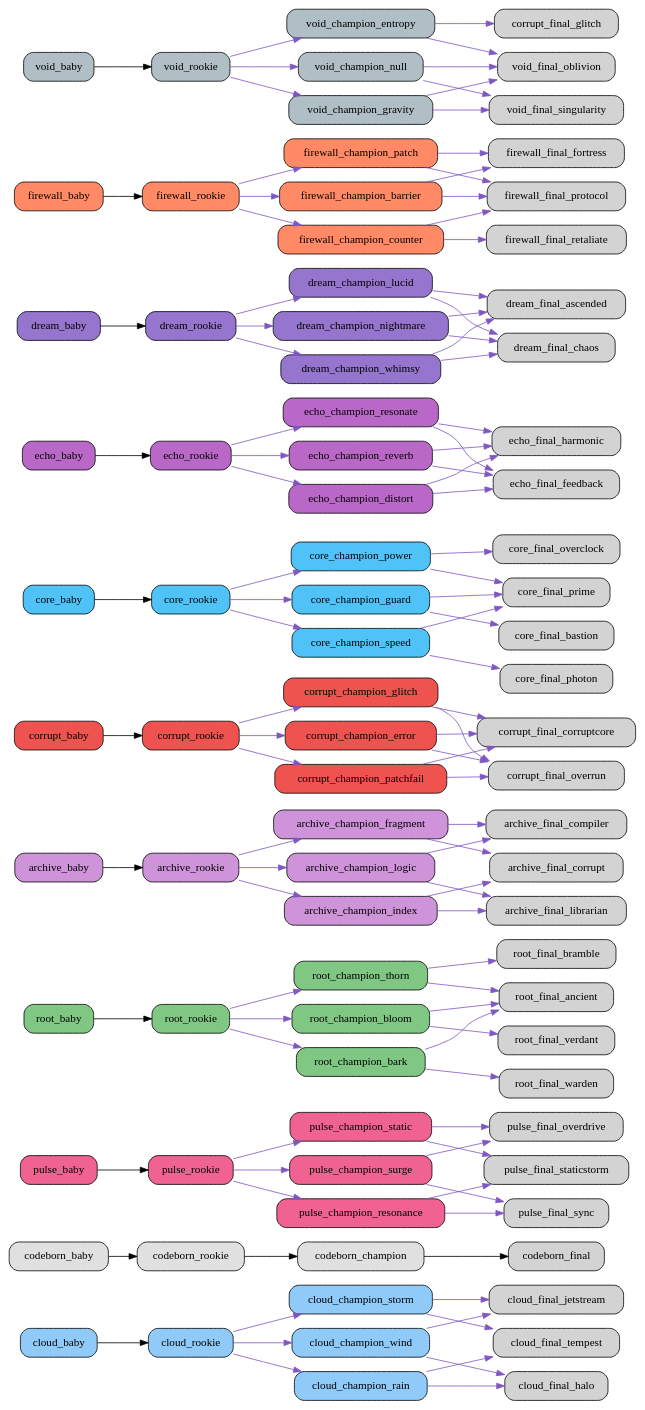
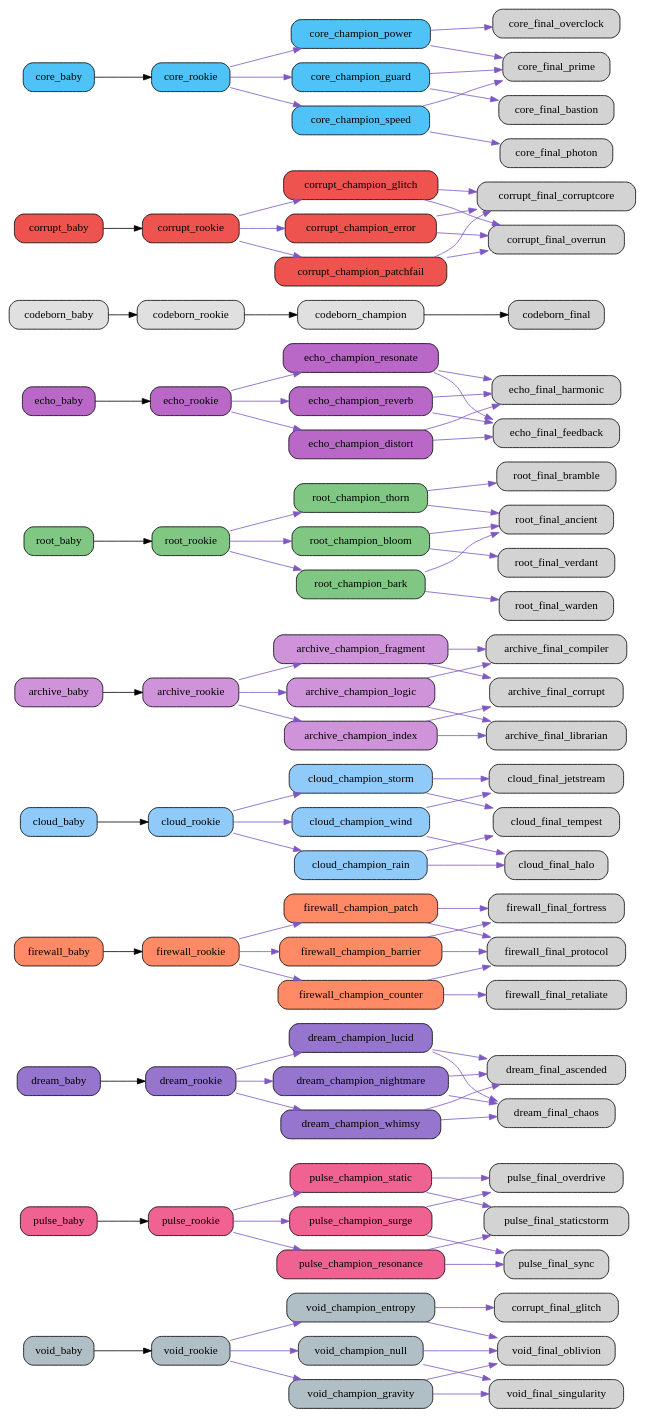
One commit to bwlight/NetGrid changed the diagram in src/netgrid/systems/evolution/graphs/full/evolution_graph.dot. Above: the diagram before and after it, drawn with Graphviz. The commit also changed other lines of this file and 8 other files, not shown here.

Commit message:
Auto-update evolution graphs

```diff
--- a/src/netgrid/systems/evolution/graphs/full/evolution_graph.dot
+++ b/src/netgrid/systems/evolution/graphs/full/evolution_graph.dot
@@ -1,6 +1,66 @@
 digraph EvolutionTree {
   rankdir=LR;
   node [shape=box, style="rounded,filled"];
+  "void_baby" [fillcolor="#b0bec5"];
+  "void_baby" -> "void_rookie";
+  "void_rookie" [fillcolor="#b0bec5"];
+  "void_rookie" -> "void_champion_entropy" [color="#7e57c2"];
+  "void_rookie" -> "void_champion_gravity" [color="#7e57c2"];
+  "void_rookie" -> "void_champion_null" [color="#7e57c2"];
+  "void_champion_entropy" [fillcolor="#b0bec5"];
+  "void_champion_entropy" -> "corrupt_final_glitch" [color="#7e57c2"];
+  "void_champion_entropy" -> "void_final_oblivion" [color="#7e57c2"];
+  "void_champion_gravity" [fillcolor="#b0bec5"];
+  "void_champion_gravity" -> "void_final_singularity" [color="#7e57c2"];
+  "void_champion_gravity" -> "void_final_oblivion" [color="#7e57c2"];
+  "void_champion_null" [fillcolor="#b0bec5"];
+  "void_champion_null" -> "void_final_oblivion" [color="#7e57c2"];
+  "void_champion_null" -> "void_final_singularity" [color="#7e57c2"];
+  "pulse_baby" [fillcolor="#f06292"];
+  "pulse_baby" -> "pulse_rookie";
+  "pulse_rookie" [fillcolor="#f06292"];
+  "pulse_rookie" -> "pulse_champion_surge" [color="#7e57c2"];
+  "pulse_rookie" -> "pulse_champion_resonance" [color="#7e57c2"];
+  "pulse_rookie" -> "pulse_champion_static" [color="#7e57c2"];
+  "pulse_champion_surge" [fillcolor="#f06292"];
+  "pulse_champion_surge" -> "pulse_final_overdrive" [color="#7e57c2"];
+  "pulse_champion_surge" -> "pulse_final_sync" [color="#7e57c2"];
+  "pulse_champion_resonance" [fillcolor="#f06292"];
+  "pulse_champion_resonance" -> "pulse_final_sync" [color="#7e57c2"];
+  "pulse_champion_resonance" -> "pulse_final_staticstorm" [color="#7e57c2"];
+  "pulse_champion_static" [fillcolor="#f06292"];
+  "pulse_champion_static" -> "pulse_final_staticstorm" [color="#7e57c2"];
+  "pulse_champion_static" -> "pulse_final_overdrive" [color="#7e57c2"];
+  "dream_baby" [fillcolor="#9575cd"];
+  "dream_baby" -> "dream_rookie";
+  "dream_rookie" [fillcolor="#9575cd"];
+  "dream_rookie" -> "dream_champion_lucid" [color="#7e57c2"];
+  "dream_rookie" -> "dream_champion_nightmare" [color="#7e57c2"];
+  "dream_rookie" -> "dream_champion_whimsy" [color="#7e57c2"];
+  "dream_champion_lucid" [fillcolor="#9575cd"];
+  "dream_champion_lucid" -> "dream_final_ascended" [color="#7e57c2"];
+  "dream_champion_lucid" -> "dream_final_chaos" [color="#7e57c2"];
+  "dream_champion_nightmare" [fillcolor="#9575cd"];
+  "dream_champion_nightmare" -> "dream_final_chaos" [color="#7e57c2"];
+  "dream_champion_nightmare" -> "dream_final_ascended" [color="#7e57c2"];
+  "dream_champion_whimsy" [fillcolor="#9575cd"];
+  "dream_champion_whimsy" -> "dream_final_ascended" [color="#7e57c2"];
+  "dream_champion_whimsy" -> "dream_final_chaos" [color="#7e57c2"];
+  "firewall_baby" [fillcolor="#ff8a65"];
+  "firewall_baby" -> "firewall_rookie";
+  "firewall_rookie" [fillcolor="#ff8a65"];
+  "firewall_rookie" -> "firewall_champion_barrier" [color="#7e57c2"];
+  "firewall_rookie" -> "firewall_champion_counter" [color="#7e57c2"];
+  "firewall_rookie" -> "firewall_champion_patch" [color="#7e57c2"];
+  "firewall_champion_barrier" [fillcolor="#ff8a65"];
+  "firewall_champion_barrier" -> "firewall_final_fortress" [color="#7e57c2"];
+  "firewall_champion_barrier" -> "firewall_final_protocol" [color="#7e57c2"];
+  "firewall_champion_counter" [fillcolor="#ff8a65"];
+  "firewall_champion_counter" -> "firewall_final_retaliate" [color="#7e57c2"];
+  "firewall_champion_counter" -> "firewall_final_protocol" [color="#7e57c2"];
+  "firewall_champion_patch" [fillcolor="#ff8a65"];
+  "firewall_champion_patch" -> "firewall_final_protocol" [color="#7e57c2"];
+  "firewall_champion_patch" -> "firewall_final_fortress" [color="#7e57c2"];
   "cloud_baby" [fillcolor="#90caf9"];
   "cloud_baby" -> "cloud_rookie";
   "cloud_rookie" [fillcolor="#90caf9"];
@@ -16,27 +76,21 @@
   "cloud_champion_storm" [fillcolor="#90caf9"];
   "cloud_champion_storm" -> "cloud_final_tempest" [color="#7e57c2"];
   "cloud_champion_storm" -> "cloud_final_jetstream" [color="#7e57c2"];
-  "codeborn_baby" [fillcolor="#e0e0e0"];
-  "codeborn_baby" -> "codeborn_rookie";
-  "codeborn_rookie" [fillcolor="#e0e0e0"];
-  "codeborn_rookie" -> "codeborn_champion";
-  "codeborn_champion" [fillcolor="#e0e0e0"];
-  "codeborn_champion" -> "codeborn_final";
-  "pulse_baby" [fillcolor="#f06292"];
-  "pulse_baby" -> "pulse_rookie";
-  "pulse_rookie" [fillcolor="#f06292"];
-  "pulse_rookie" -> "pulse_champion_surge" [color="#7e57c2"];
-  "pulse_rookie" -> "pulse_champion_resonance" [color="#7e57c2"];
-  "pulse_rookie" -> "pulse_champion_static" [color="#7e57c2"];
-  "pulse_champion_surge" [fillcolor="#f06292"];
-  "pulse_champion_surge" -> "pulse_final_overdrive" [color="#7e57c2"];
-  "pulse_champion_surge" -> "pulse_final_sync" [color="#7e57c2"];
-  "pulse_champion_resonance" [fillcolor="#f06292"];
-  "pulse_champion_resonance" -> "pulse_final_sync" [color="#7e57c2"];
-  "pulse_champion_resonance" -> "pulse_final_staticstorm" [color="#7e57c2"];
-  "pulse_champion_static" [fillcolor="#f06292"];
-  "pulse_champion_static" -> "pulse_final_staticstorm" [color="#7e57c2"];
-  "pulse_champion_static" -> "pulse_final_overdrive" [color="#7e57c2"];
+  "archive_baby" [fillcolor="#ce93d8"];
+  "archive_baby" -> "archive_rookie";
+  "archive_rookie" [fillcolor="#ce93d8"];
+  "archive_rookie" -> "archive_champion_logic" [color="#7e57c2"];
+  "archive_rookie" -> "archive_champion_index" [color="#7e57c2"];
+  "archive_rookie" -> "archive_champion_fragment" [color="#7e57c2"];
+  "archive_champion_logic" [fillcolor="#ce93d8"];
+  "archive_champion_logic" -> "archive_final_compiler" [color="#7e57c2"];
+  "archive_champion_logic" -> "archive_final_librarian" [color="#7e57c2"];
+  "archive_champion_index" [fillcolor="#ce93d8"];
+  "archive_champion_index" -> "archive_final_librarian" [color="#7e57c2"];
+  "archive_champion_index" -> "archive_final_corrupt" [color="#7e57c2"];
+  "archive_champion_fragment" [fillcolor="#ce93d8"];
+  "archive_champion_fragment" -> "archive_final_corrupt" [color="#7e57c2"];
+  "archive_champion_fragment" -> "archive_final_compiler" [color="#7e57c2"];
   "root_baby" [fillcolor="#81c784"];
   "root_baby" -> "root_rookie";
   "root_rookie" [fillcolor="#81c784"];
@@ -52,21 +106,27 @@
   "root_champion_bark" [fillcolor="#81c784"];
   "root_champion_bark" -> "root_final_warden" [color="#7e57c2"];
   "root_champion_bark" -> "root_final_ancient" [color="#7e57c2"];
-  "archive_baby" [fillcolor="#ce93d8"];
-  "archive_baby" -> "archive_rookie";
-  "archive_rookie" [fillcolor="#ce93d8"];
-  "archive_rookie" -> "archive_champion_logic" [color="#7e57c2"];
-  "archive_rookie" -> "archive_champion_index" [color="#7e57c2"];
-  "archive_rookie" -> "archive_champion_fragment" [color="#7e57c2"];
-  "archive_champion_logic" [fillcolor="#ce93d8"];
-  "archive_champion_logic" -> "archive_final_compiler" [color="#7e57c2"];
-  "archive_champion_logic" -> "archive_final_librarian" [color="#7e57c2"];
-  "archive_champion_index" [fillcolor="#ce93d8"];
-  "archive_champion_index" -> "archive_final_librarian" [color="#7e57c2"];
-  "archive_champion_index" -> "archive_final_corrupt" [color="#7e57c2"];
-  "archive_champion_fragment" [fillcolor="#ce93d8"];
-  "archive_champion_fragment" -> "archive_final_corrupt" [color="#7e57c2"];
-  "archive_champion_fragment" -> "archive_final_compiler" [color="#7e57c2"];
+  "echo_baby" [fillcolor="#ba68c8"];
+  "echo_baby" -> "echo_rookie";
+  "echo_rookie" [fillcolor="#ba68c8"];
+  "echo_rookie" -> "echo_champion_resonate" [color="#7e57c2"];
+  "echo_rookie" -> "echo_champion_reverb" [color="#7e57c2"];
+  "echo_rookie" -> "echo_champion_distort" [color="#7e57c2"];
+  "echo_champion_resonate" [fillcolor="#ba68c8"];
+  "echo_champion_resonate" -> "echo_final_harmonic" [color="#7e57c2"];
+  "echo_champion_resonate" -> "echo_final_feedback" [color="#7e57c2"];
+  "echo_champion_reverb" [fillcolor="#ba68c8"];
+  "echo_champion_reverb" -> "echo_final_feedback" [color="#7e57c2"];
+  "echo_champion_reverb" -> "echo_final_harmonic" [color="#7e57c2"];
+  "echo_champion_distort" [fillcolor="#ba68c8"];
+  "echo_champion_distort" -> "echo_final_feedback" [color="#7e57c2"];
+  "echo_champion_distort" -> "echo_final_harmonic" [color="#7e57c2"];
+  "codeborn_baby" [fillcolor="#e0e0e0"];
+  "codeborn_baby" -> "codeborn_rookie";
+  "codeborn_rookie" [fillcolor="#e0e0e0"];
+  "codeborn_rookie" -> "codeborn_champion";
+  "codeborn_champion" [fillcolor="#e0e0e0"];
+  "codeborn_champion" -> "codeborn_final";
   "corrupt_baby" [fillcolor="#ef5350"];
   "corrupt_baby" -> "corrupt_rookie";
   "corrupt_rookie" [fillcolor="#ef5350"];
@@ -97,64 +157,4 @@
   "core_champion_speed" [fillcolor="#4fc3f7"];
   "core_champion_speed" -> "core_final_photon" [color="#7e57c2"];
   "core_champion_speed" -> "core_final_prime" [color="#7e57c2"];
-  "echo_baby" [fillcolor="#ba68c8"];
-  "echo_baby" -> "echo_rookie";
-  "echo_rookie" [fillcolor="#ba68c8"];
-  "echo_rookie" -> "echo_champion_resonate" [color="#7e57c2"];
-  "echo_rookie" -> "echo_champion_reverb" [color="#7e57c2"];
-  "echo_rookie" -> "echo_champion_distort" [color="#7e57c2"];
-  "echo_champion_resonate" [fillcolor="#ba68c8"];
-  "echo_champion_resonate" -> "echo_final_harmonic" [color="#7e57c2"];
-  "echo_champion_resonate" -> "echo_final_feedback" [color="#7e57c2"];
-  "echo_champion_reverb" [fillcolor="#ba68c8"];
-  "echo_champion_reverb" -> "echo_final_feedback" [color="#7e57c2"];
-  "echo_champion_reverb" -> "echo_final_harmonic" [color="#7e57c2"];
-  "echo_champion_distort" [fillcolor="#ba68c8"];
-  "echo_champion_distort" -> "echo_final_feedback" [color="#7e57c2"];
-  "echo_champion_distort" -> "echo_final_harmonic" [color="#7e57c2"];
-  "dream_baby" [fillcolor="#9575cd"];
-  "dream_baby" -> "dream_rookie";
-  "dream_rookie" [fillcolor="#9575cd"];
-  "dream_rookie" -> "dream_champion_lucid" [color="#7e57c2"];
-  "dream_rookie" -> "dream_champion_nightmare" [color="#7e57c2"];
-  "dream_rookie" -> "dream_champion_whimsy" [color="#7e57c2"];
-  "dream_champion_lucid" [fillcolor="#9575cd"];
-  "dream_champion_lucid" -> "dream_final_ascended" [color="#7e57c2"];
-  "dream_champion_lucid" -> "dream_final_chaos" [color="#7e57c2"];
-  "dream_champion_nightmare" [fillcolor="#9575cd"];
-  "dream_champion_nightmare" -> "dream_final_chaos" [color="#7e57c2"];
-  "dream_champion_nightmare" -> "dream_final_ascended" [color="#7e57c2"];
-  "dream_champion_whimsy" [fillcolor="#9575cd"];
-  "dream_champion_whimsy" -> "dream_final_ascended" [color="#7e57c2"];
-  "dream_champion_whimsy" -> "dream_final_chaos" [color="#7e57c2"];
-  "firewall_baby" [fillcolor="#ff8a65"];
-  "firewall_baby" -> "firewall_rookie";
-  "firewall_rookie" [fillcolor="#ff8a65"];
-  "firewall_rookie" -> "firewall_champion_barrier" [color="#7e57c2"];
-  "firewall_rookie" -> "firewall_champion_counter" [color="#7e57c2"];
-  "firewall_rookie" -> "firewall_champion_patch" [color="#7e57c2"];
-  "firewall_champion_barrier" [fillcolor="#ff8a65"];
-  "firewall_champion_barrier" -> "firewall_final_fortress" [color="#7e57c2"];
-  "firewall_champion_barrier" -> "firewall_final_protocol" [color="#7e57c2"];
-  "firewall_champion_counter" [fillcolor="#ff8a65"];
-  "firewall_champion_counter" -> "firewall_final_retaliate" [color="#7e57c2"];
-  "firewall_champion_counter" -> "firewall_final_protocol" [color="#7e57c2"];
-  "firewall_champion_patch" [fillcolor="#ff8a65"];
-  "firewall_champion_patch" -> "firewall_final_protocol" [color="#7e57c2"];
-  "firewall_champion_patch" -> "firewall_final_fortress" [color="#7e57c2"];
-  "void_baby" [fillcolor="#b0bec5"];
-  "void_baby" -> "void_rookie";
-  "void_rookie" [fillcolor="#b0bec5"];
-  "void_rookie" -> "void_champion_entropy" [color="#7e57c2"];
-  "void_rookie" -> "void_champion_gravity" [color="#7e57c2"];
-  "void_rookie" -> "void_champion_null" [color="#7e57c2"];
-  "void_champion_entropy" [fillcolor="#b0bec5"];
-  "void_champion_entropy" -> "corrupt_final_glitch" [color="#7e57c2"];
-  "void_champion_entropy" -> "void_final_oblivion" [color="#7e57c2"];
-  "void_champion_gravity" [fillcolor="#b0bec5"];
-  "void_champion_gravity" -> "void_final_singularity" [color="#7e57c2"];
-  "void_champion_gravity" -> "void_final_oblivion" [color="#7e57c2"];
-  "void_champion_null" [fillcolor="#b0bec5"];
-  "void_champion_null" -> "void_final_oblivion" [color="#7e57c2"];
-  "void_champion_null" -> "void_final_singularity" [color="#7e57c2"];
 }
```
